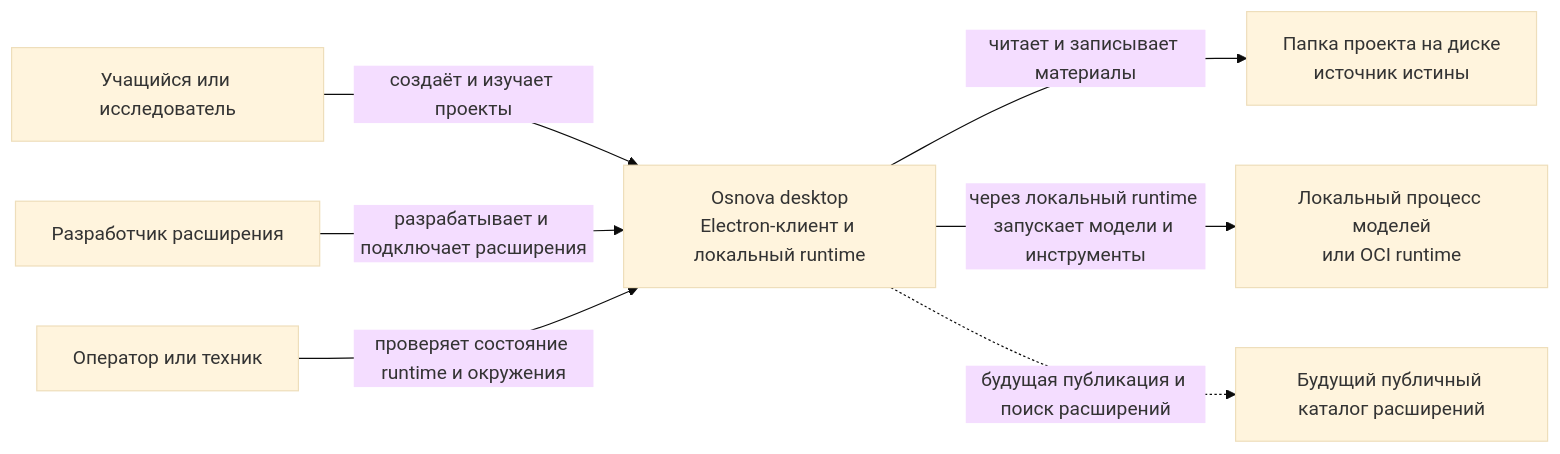
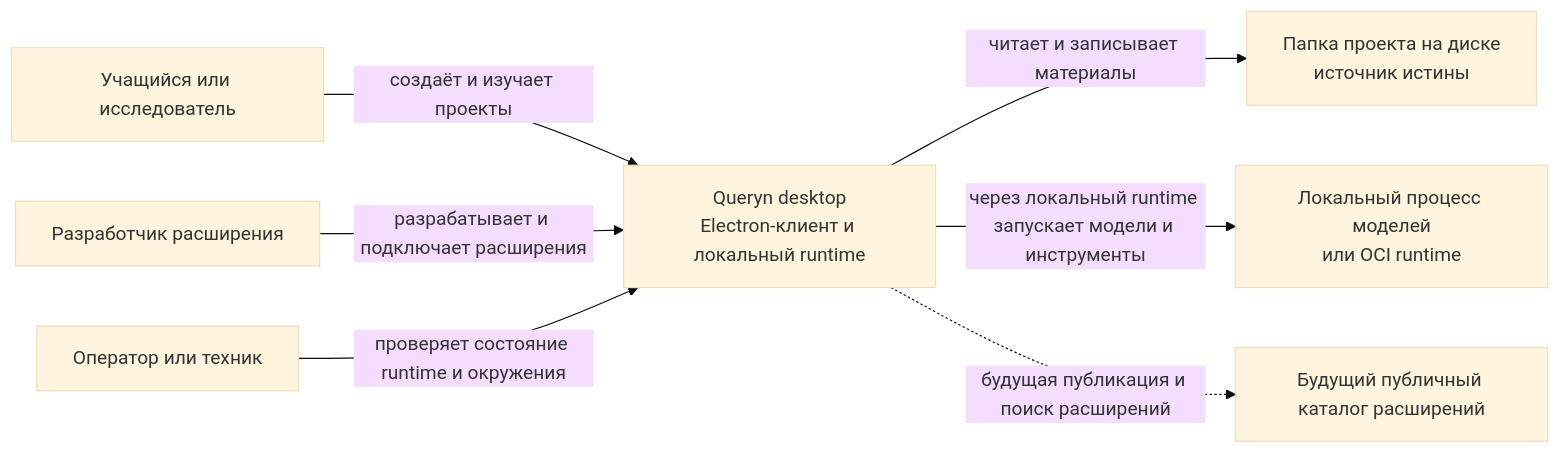
The first of 5 diagrams in docs/architecture/system.md (Queryn-labs/queryn-docs), drawn with Mermaid (base theme) before and after one commit. The commit also changed other lines of this file and 48 other files, not shown here.

````diff
--- a/docs/architecture/system.md
+++ b/docs/architecture/system.md
@@ -23,17 +23,17 @@
 ```mermaid
 flowchart LR
   StudentResearcher["Учащийся или исследователь"]
   ExtensionDeveloper["Разработчик расширения"]
   Operator["Оператор или техник"]
-  OsnovaDesktop["Osnova desktop<br/>Electron-клиент и локальный runtime"]
+  QuerynDesktop["Queryn desktop<br/>Electron-клиент и локальный runtime"]
   ProjectFolder["Папка проекта на диске<br/>источник истины"]
   LocalModelRuntime["Локальный процесс моделей<br/>или OCI runtime"]
   PublicCatalog["Будущий публичный каталог расширений"]
 
-  StudentResearcher -->|создаёт и изучает проекты| OsnovaDesktop
-  ExtensionDeveloper -->|разрабатывает и подключает расширения| OsnovaDesktop
-  Operator -->|проверяет состояние runtime и окружения| OsnovaDesktop
-  OsnovaDesktop -->|читает и записывает материалы| ProjectFolder
-  OsnovaDesktop -->|через локальный runtime запускает модели и инструменты| LocalModelRuntime
-  OsnovaDesktop -.->|будущая публикация и поиск расширений| PublicCatalog
+  StudentResearcher -->|создаёт и изучает проекты| QuerynDesktop
+  ExtensionDeveloper -->|разрабатывает и подключает расширения| QuerynDesktop
+  Operator -->|проверяет состояние runtime и окружения| QuerynDesktop
+  QuerynDesktop -->|читает и записывает материалы| ProjectFolder
+  QuerynDesktop -->|через локальный runtime запускает модели и инструменты| LocalModelRuntime
+  QuerynDesktop -.->|будущая публикация и поиск расширений| PublicCatalog
 ```
````
